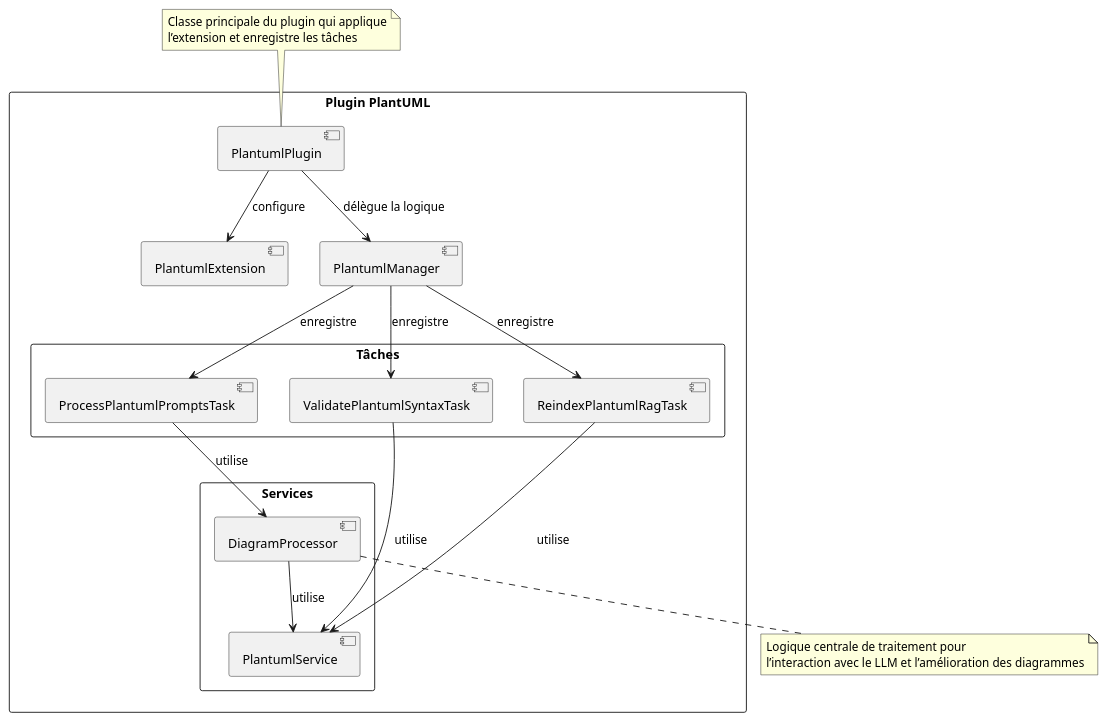
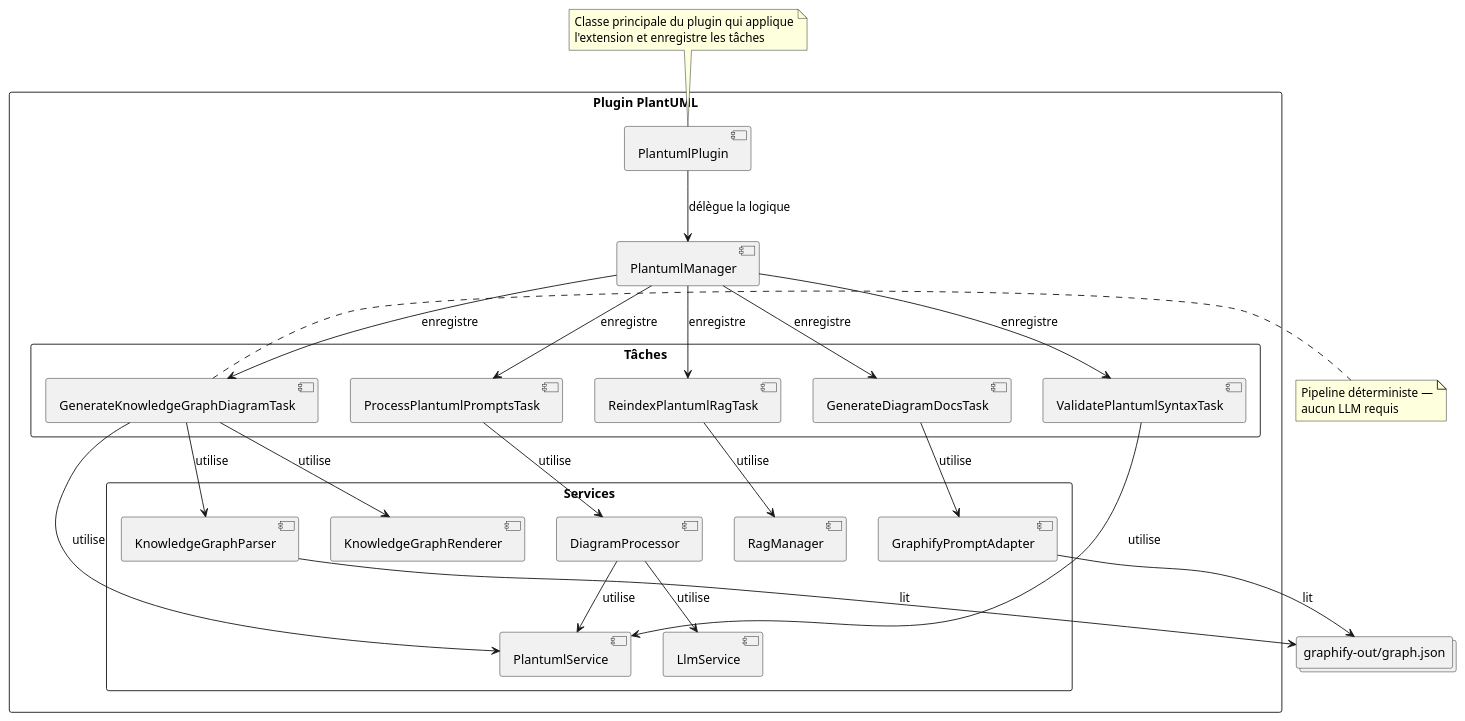
One commit to cheroliv/plantuml-gradle changed the diagram in README_truth_fr.adoc. Above: the diagram before and after it, drawn with PlantUML. The commit also changed other lines of this file and 4 other files, not shown here.

First line of the commit message:
docs: update architecture diagrams with Knowledge Graph components + add discord message

```diff
--- a/README_truth_fr.adoc
+++ b/README_truth_fr.adoc
@@ -71,44 +71,60 @@
 [plantuml, target=internal-architecture, format=svg]
 ----
 @startuml
 skinparam packageStyle rectangle
 
 package "Plugin PlantUML" {
   [PlantumlPlugin] as plugin
-  [PlantumlExtension] as extension
   [PlantumlManager] as manager
 
   package "Tâches" {
     [ProcessPlantumlPromptsTask] as processTask
     [ValidatePlantumlSyntaxTask] as validateTask
     [ReindexPlantumlRagTask] as reindexTask
+    [GenerateKnowledgeGraphDiagramTask] as kgTask
+    [GenerateDiagramDocsTask] as docsTask
   }
 
   package "Services" {
     [PlantumlService] as service
     [DiagramProcessor] as processor
+    [LlmService] as llm
+    [RagManager] as rag
+    [KnowledgeGraphParser] as kgParser
+    [KnowledgeGraphRenderer] as kgRenderer
+    [GraphifyPromptAdapter] as gpa
   }
 
-  plugin --> extension : configure
   plugin --> manager : délègue la logique
   manager --> processTask : enregistre
   manager --> validateTask : enregistre
   manager --> reindexTask : enregistre
+  manager --> kgTask : enregistre
+  manager --> docsTask : enregistre
   processTask --> processor : utilise
+  processor --> llm : utilise
+  processor --> service : utilise
   validateTask --> service : utilise
-  reindexTask --> service : utilise
-  processor --> service : utilise
+  reindexTask --> rag : utilise
+  kgTask --> kgParser : utilise
+  kgTask --> kgRenderer : utilise
+  kgTask --> service : utilise
+  docsTask --> gpa : utilise
 }
+
+collections "graphify-out/graph.json" as kgJson
+kgParser --> kgJson : lit
+gpa --> kgJson : lit
 
 note top of plugin
   Classe principale du plugin qui applique
-  l’extension et enregistre les tâches
+  l'extension et enregistre les tâches
 end note
 
-note bottom of processor
-  Logique centrale de traitement pour
-  l’interaction avec le LLM et l’amélioration des diagrammes
+note right of kgTask
+  Pipeline déterministe —
+  aucun LLM requis
 end note
 
 @enduml
 ----
```
